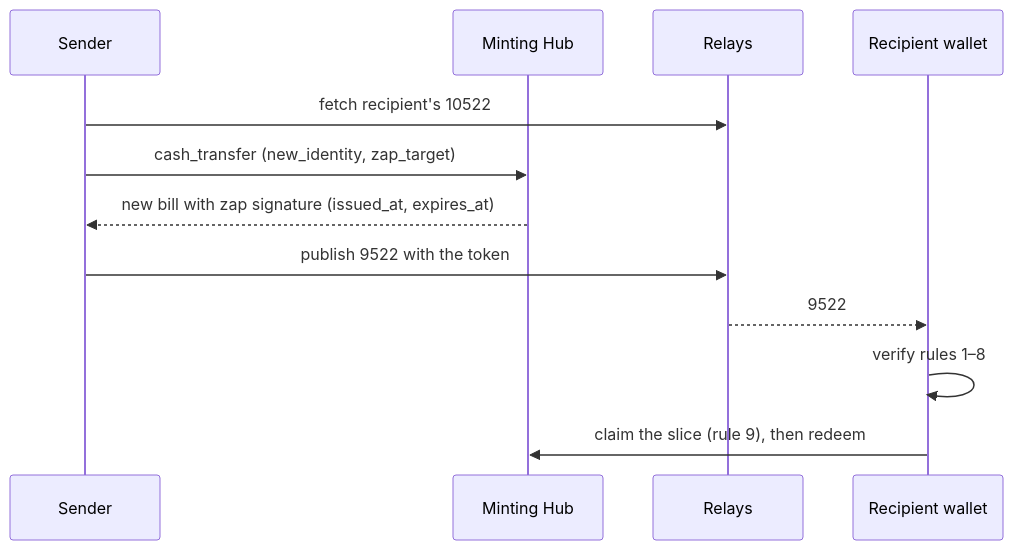
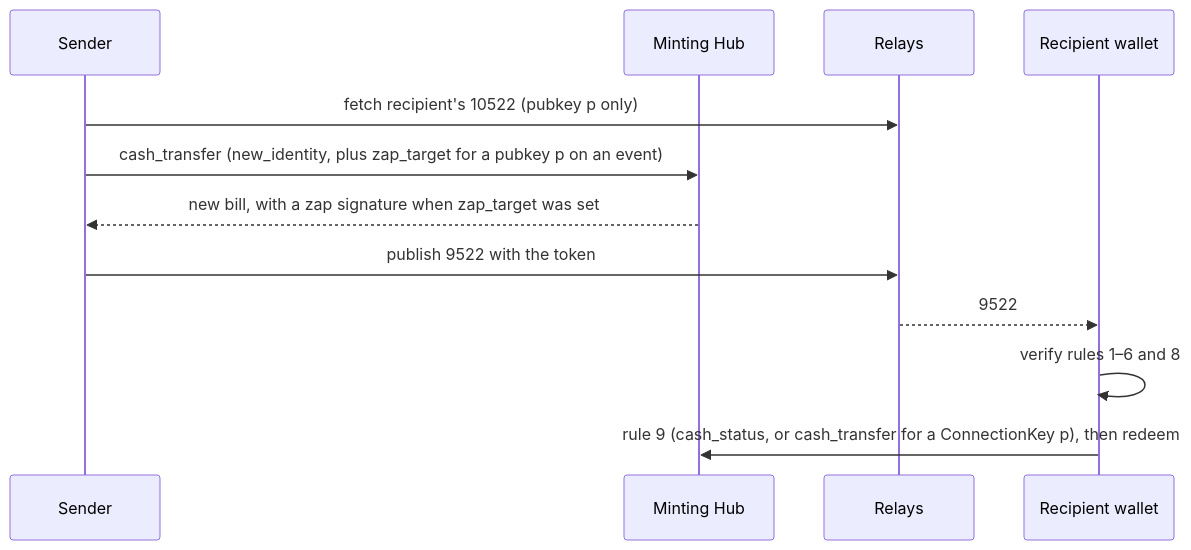
Before and after one commit to ohstr/nips: the diagram in NIP-CZ.md, drawn with Mermaid. The commit also changed other lines of this file, not shown here.

Commit message:
docs(nip-cz): match the zap diagram and tag tables to the rules (#42)

````diff
--- a/NIP-CZ.md
+++ b/NIP-CZ.md
@@ -67,14 +67,14 @@
 ```mermaid
 sequenceDiagram
   participant S as Sender
   participant H as Minting Hub
   participant R as Relays
   participant W as Recipient wallet
-  S->>R: fetch recipient's 10522
-  S->>H: cash_transfer (new_identity, zap_target)
-  H-->>S: new bill with zap signature (issued_at, expires_at)
+  S->>R: fetch recipient's 10522 (pubkey p only)
+  S->>H: cash_transfer (new_identity, plus zap_target for a pubkey p on an event)
+  H-->>S: new bill, with a zap signature when zap_target was set
   S->>R: publish 9522 with the token
   R-->>W: 9522
-  W->>W: verify rules 1–8
-  W->>H: claim the slice (rule 9), then redeem
+  W->>W: verify rules 1–6 and 8
+  W->>H: rule 9 (cash_status, or cash_transfer for a ConnectionKey p), then redeem
 ```
````
